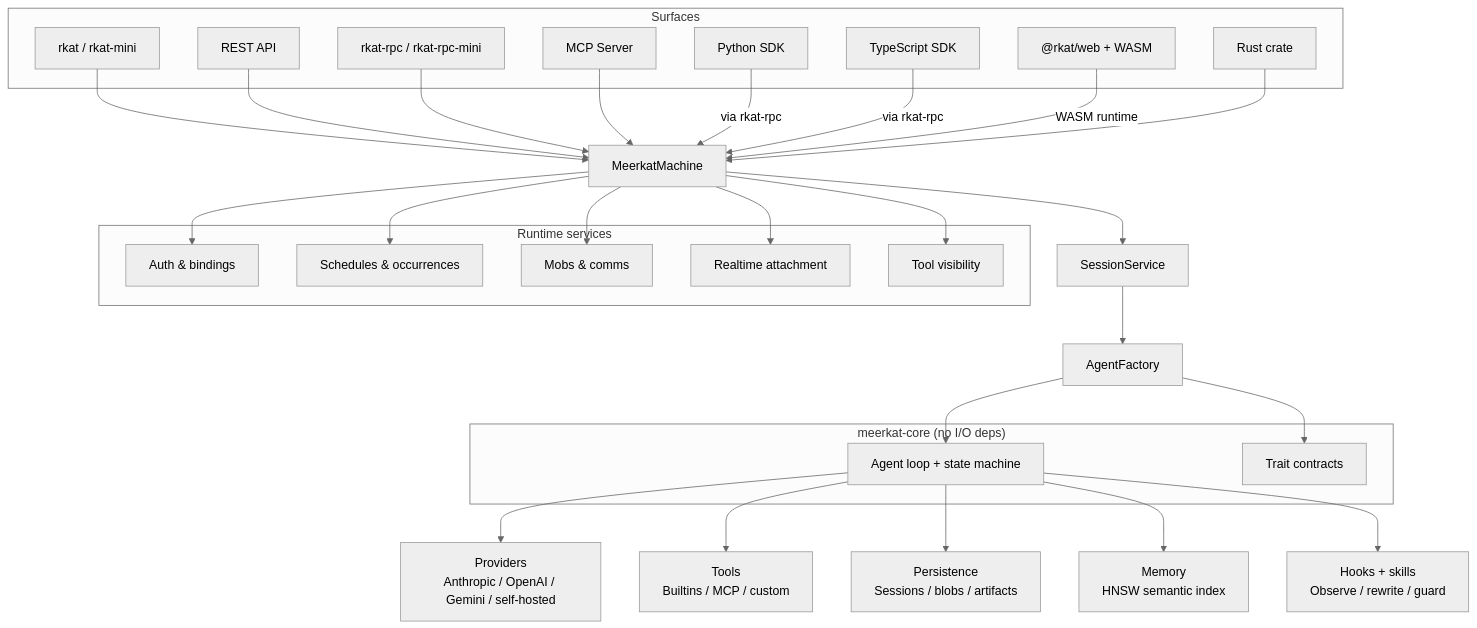
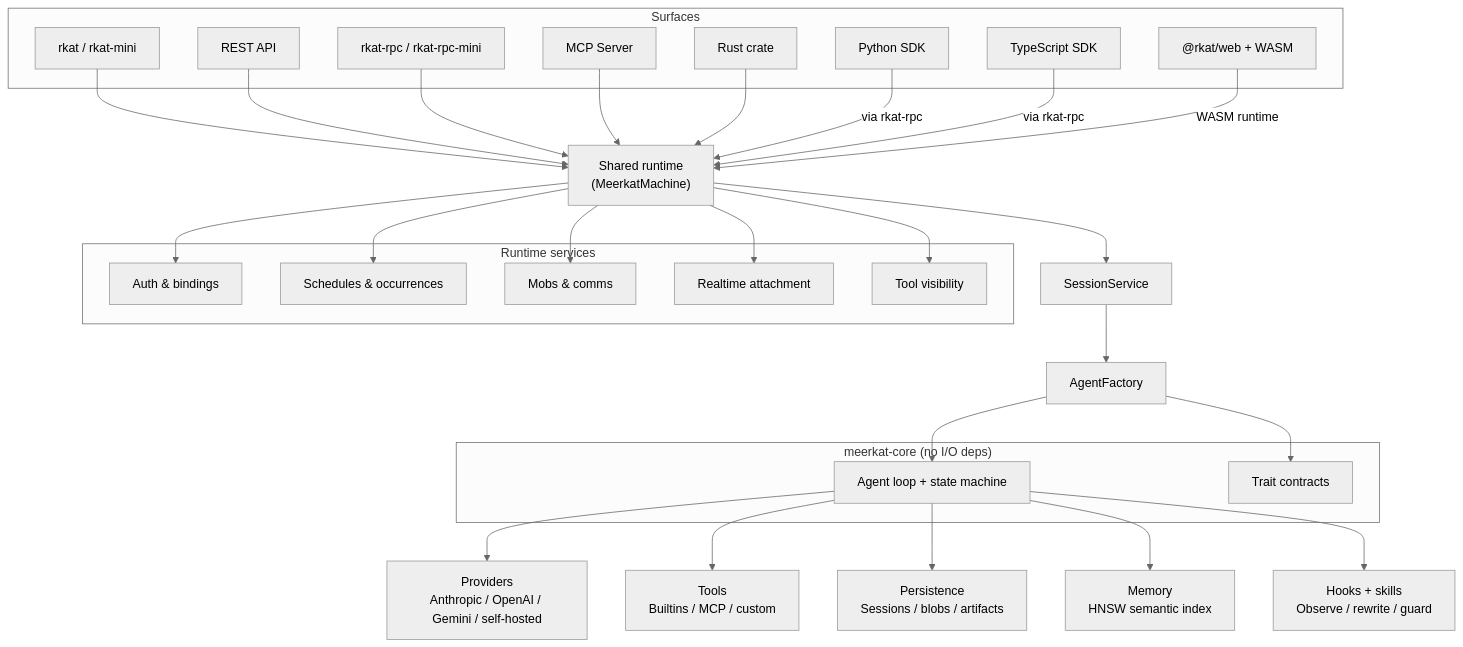
Before and after one commit to lukacf/meerkat: the diagram in README.md, drawn with Mermaid (neutral theme). The commit also changed other lines of this file, not shown here.

````diff
--- a/README.md
+++ b/README.md
@@ -292,63 +266,63 @@
 ```mermaid
 graph TD
     subgraph surfaces["Surfaces"]
         CLI["rkat / rkat-mini"]
         REST["REST API"]
         RPC["rkat-rpc / rkat-rpc-mini"]
         MCPS["MCP Server"]
         RUST["Rust crate"]
         PY["Python SDK"]
         TS["TypeScript SDK"]
         WEB["@rkat/web + WASM"]
     end
 
-    MACHINE["MeerkatMachine"]
+    RUNTIME["Shared runtime<br/>(MeerkatMachine)"]
 
-    subgraph runtime["Runtime services"]
+    CLI --> RUNTIME
+    REST --> RUNTIME
+    RPC --> RUNTIME
+    MCPS --> RUNTIME
+    RUST --> RUNTIME
+    PY -->|via rkat-rpc| RUNTIME
+    TS -->|via rkat-rpc| RUNTIME
+    WEB -->|WASM runtime| RUNTIME
+
+    subgraph services["Runtime services"]
         AUTH["Auth & bindings"]
         SCHEDULE["Schedules & occurrences"]
         MOB["Mobs & comms"]
         REALTIME["Realtime attachment"]
-        TOOLSCOPE["Tool visibility"]
+        TOOLING["Tool visibility"]
     end
+
+    RUNTIME --> AUTH
+    RUNTIME --> SCHEDULE
+    RUNTIME --> MOB
+    RUNTIME --> REALTIME
+    RUNTIME --> TOOLING
 
     SS["SessionService"]
     AF["AgentFactory"]
-
-    CLI --> MACHINE
-    REST --> MACHINE
-    RPC --> MACHINE
-    MCPS --> MACHINE
-    PY -->|via rkat-rpc| MACHINE
-    TS -->|via rkat-rpc| MACHINE
-    WEB -->|WASM runtime| MACHINE
-    RUST --> MACHINE
-
-    MACHINE --> AUTH
-    MACHINE --> SCHEDULE
-    MACHINE --> MOB
-    MACHINE --> REALTIME
-    MACHINE --> TOOLSCOPE
-    MACHINE --> SS
+    RUNTIME --> SS
     SS --> AF
 
     subgraph core["meerkat-core  (no I/O deps)"]
         AGENT["Agent loop + state machine"]
         TRAITS["Trait contracts"]
     end
 
     AF --> AGENT
     AF --> TRAITS
 
     CLIENT["Providers<br/>Anthropic / OpenAI / Gemini / self-hosted"]
     TOOLS["Tools<br/>Builtins / MCP / custom"]
     SESSION["Persistence<br/>Sessions / blobs / artifacts"]
     MEMORY["Memory<br/>HNSW semantic index"]
     HOOKS["Hooks + skills<br/>Observe / rewrite / guard"]
 
     AGENT --> CLIENT
     AGENT --> TOOLS
     AGENT --> SESSION
     AGENT --> MEMORY
     AGENT --> HOOKS
 ```
````
